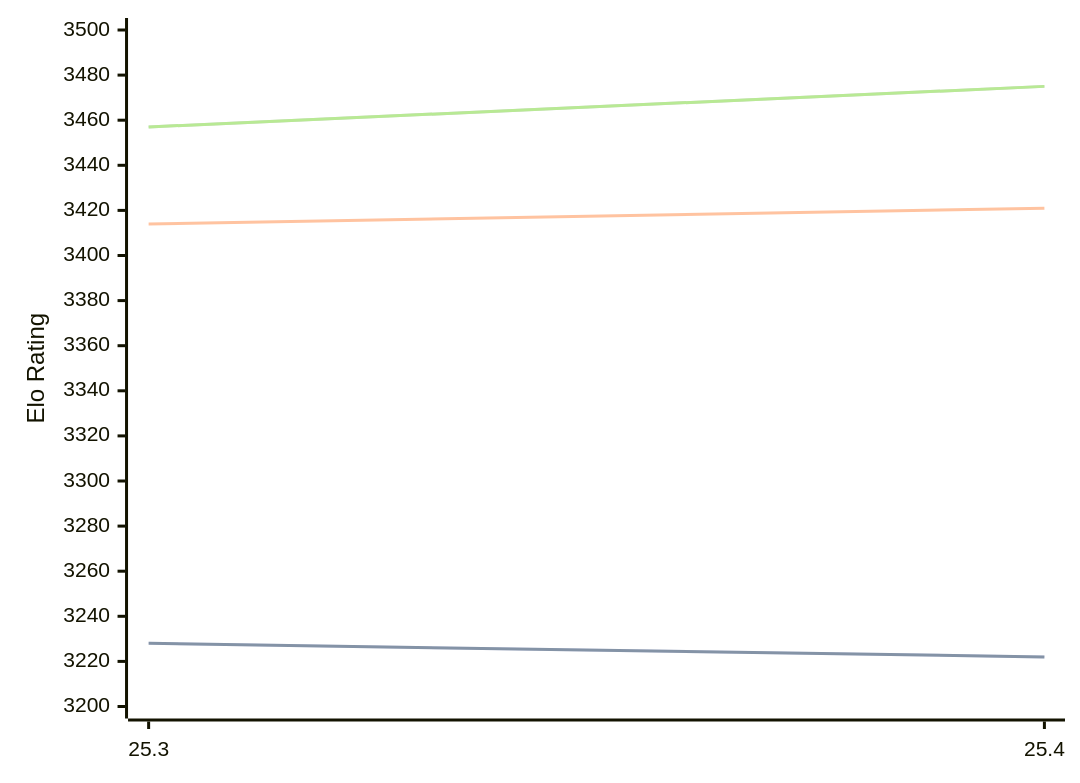
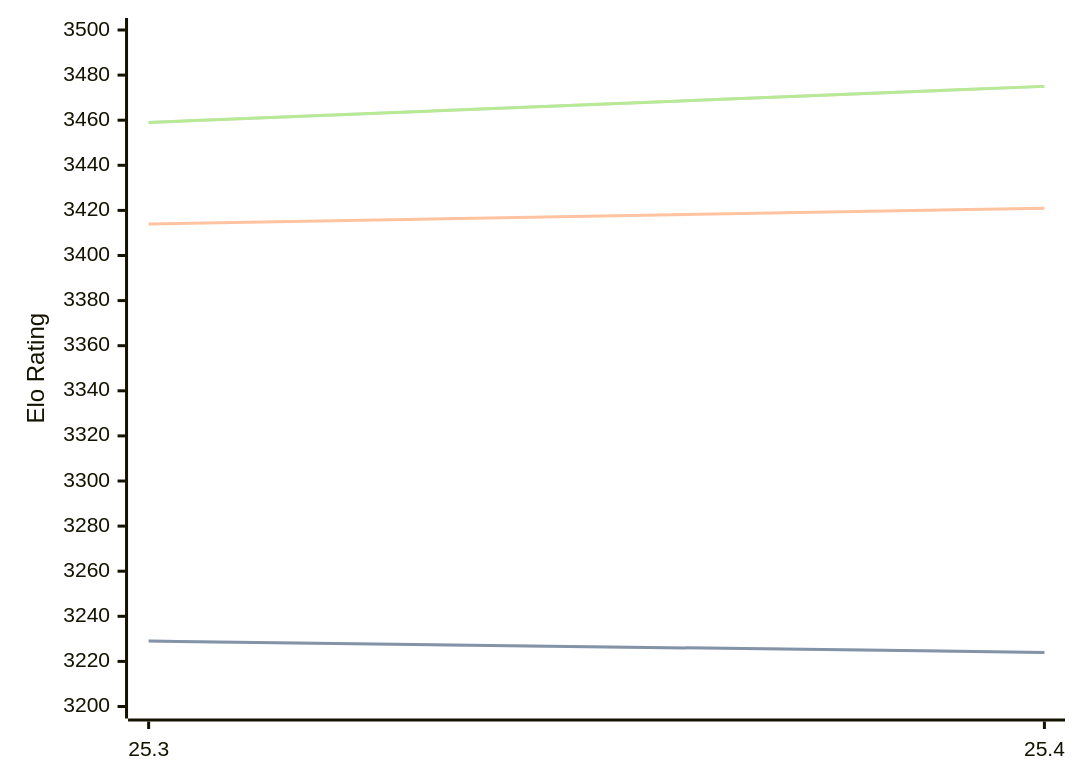
Before and after one commit to computer-chess-index/cci: the first of 3 diagrams in engines/Arasan.md, drawn with Mermaid. The commit also changed other lines of this file, not shown here.

Commit message:
Update CCI Ratings (ELO VLTC) - 2026-07-17

````diff
--- a/engines/Arasan.md
+++ b/engines/Arasan.md
@@ -33,11 +33,11 @@
 ```mermaid
 %%{init: {"theme":"base","themeVariables":{"seriesColors:['#a3a3a3','#222221','#faa371']}}}%%
 xychart-beta
   x-axis ["25.3", "25.4"]
   y-axis "Elo Rating" 3200 --> 3500
-  line "STC (8.0+0.08s)" [3228, 3222]
-  line "STC (8.0+0.08s)" [3228, 3222]
+  line "STC (8.0+0.08s)" [3229, 3224]
+  line "STC (8.0+0.08s)" [3229, 3224]
   line "LTC (60.0+0.60s)" [3414, 3421]
-  line "VLTC (2m24s+1.12s)" [3457, 3475]
-  line "VLTC (2m24s+1.12s)" [3457, 3475]
+  line "VLTC (2m24s+1.12s)" [3459, 3475]
+  line "VLTC (2m24s+1.12s)" [3459, 3475]
 ```
````
